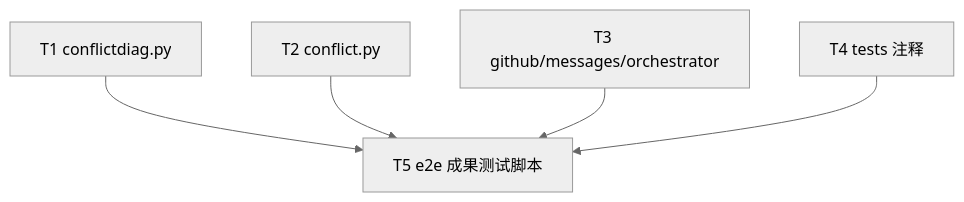
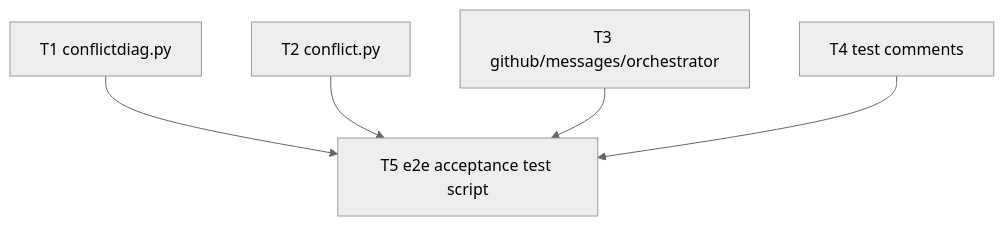
The diagram in docs/specs/0045-cleanup-rebase-indexheal-stale-idioms.md (Curry09/OpenAgents), drawn with Mermaid (neutral theme) before and after one commit. The commit also changed other lines of this file and 461 other files, not shown here.

````diff
--- a/docs/specs/0045-cleanup-rebase-indexheal-stale-idioms.md
+++ b/docs/specs/0045-cleanup-rebase-indexheal-stale-idioms.md
@@ -182,12 +182,12 @@
 ```mermaid
 graph TD
     T1["T1 conflictdiag.py"]
     T2["T2 conflict.py"]
     T3["T3 github/messages/orchestrator"]
-    T4["T4 tests 注释"]
-    T5["T5 e2e 成果测试脚本"]
+    T4["T4 test comments"]
+    T5["T5 e2e acceptance test script"]
     T1 --> T5
     T2 --> T5
     T3 --> T5
     T4 --> T5
 ```
````
